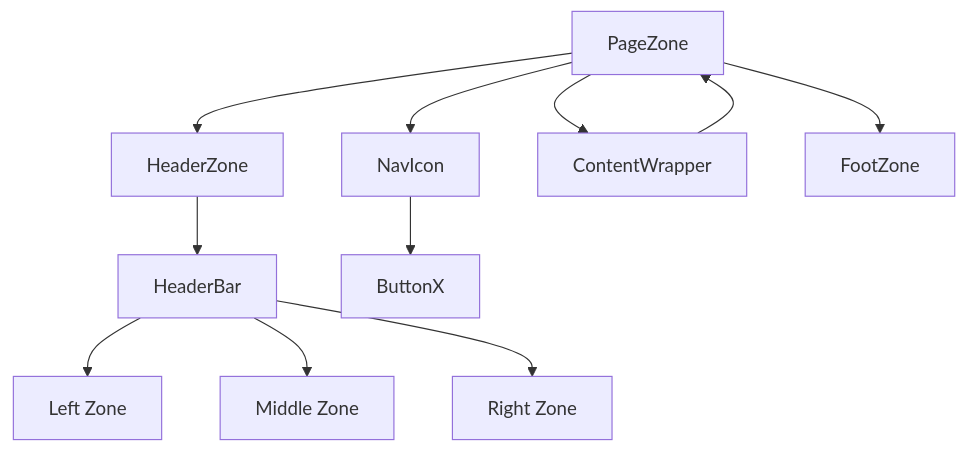
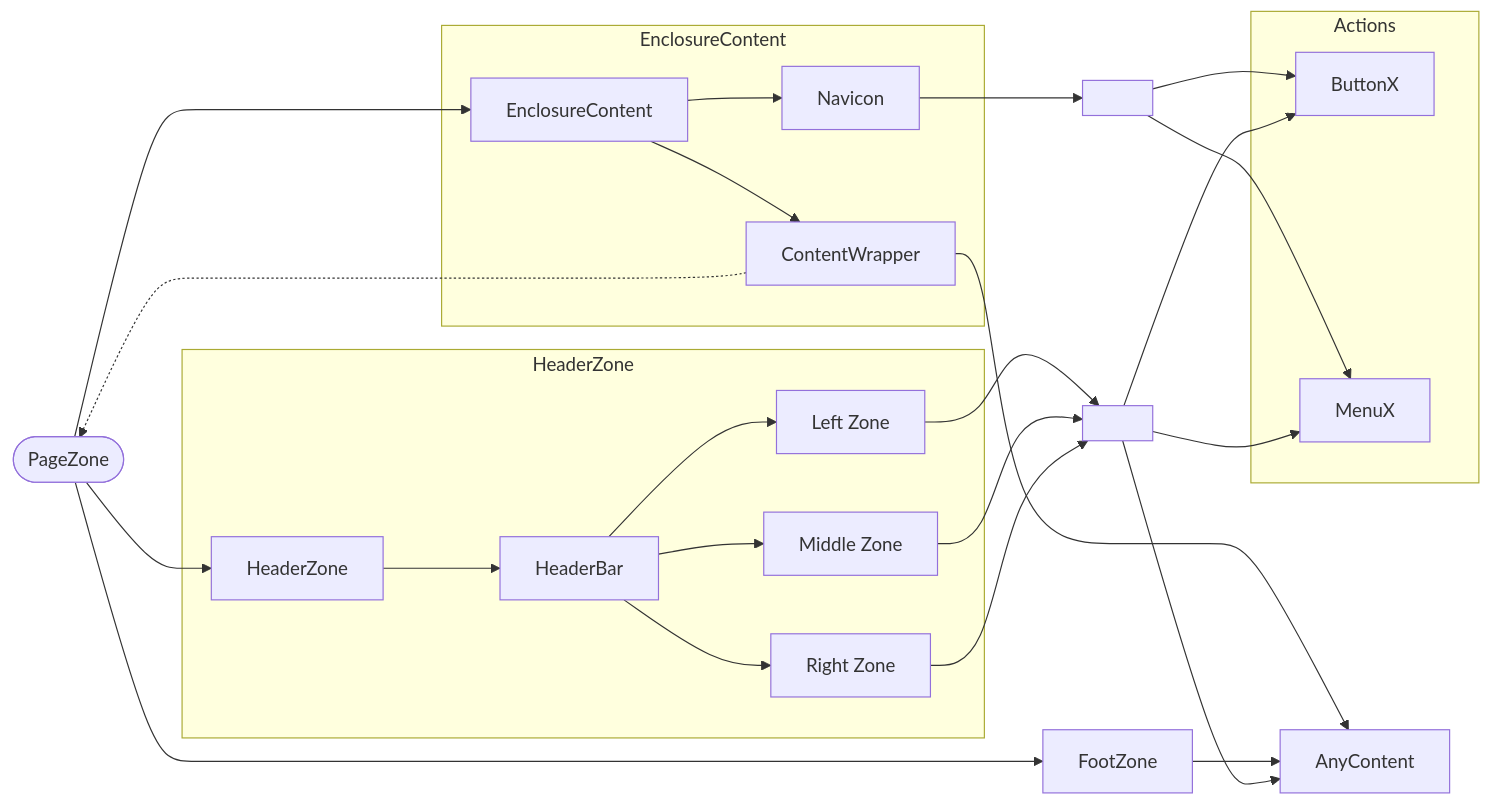
One commit to jcempro/calc changed the diagram in help/layout/README.md. Above: the diagram before and after it, drawn with Mermaid.

Commit message:
ajuste do fluxograma

````diff
--- a/help/layout/README.md
+++ b/help/layout/README.md
@@ -106,13 +106,65 @@
 ```mermaid
-graph TD
-    A[PageZone] --> B[HeaderZone]
-    A --> C[NavIcon]
-    A --> D[ContentWrapper]
-    A --> E[FootZone]
-    B --> F[HeaderBar]
-    F --> G[Left Zone]
-    F --> H[Middle Zone]
-    F --> I[Right Zone]
-    C --> J[ButtonX]
-    D --> A
+graph LR
+    %% Nó raiz
+    P([PageZone])
+
+    %% Subgrupos
+    subgraph HeaderZone
+        H[HeaderZone]
+        T[HeaderBar]
+        L[Left Zone]
+        M[Middle Zone]
+        R[Right Zone]
+    end
+
+    subgraph EnclosureContent
+        E[EnclosureContent]
+        N[Navicon]
+        C[ContentWrapper]
+    end
+
+    A[AnyContent]
+
+    subgraph Actions
+        B[ButtonX]
+        X[MenuX]
+    end
+
+    F[FootZone]
+
+    %% Hubs invisíveis
+    Hub[" "]
+    Hub2[" "]
+
+    %% Ligações principais
+    P --> H
+    P --> E
+    P --> F
+
+    %% Header detalhado
+    H --> T
+    T --> L
+    T --> M
+    T --> R
+
+    %% EnclosureContent detalhado
+    E --> N
+    E --> C
+    C --> A
+    C -.-> P
+
+    N --> Hub2
+    Hub2 --> B
+    Hub2 --> X
+
+    %% Footer
+    F --> A
+
+    %% Convergência única (L, M, R → Hub → A, X, B)
+    L --> Hub
+    M --> Hub
+    R --> Hub
+    Hub --> A
+    Hub --> X
+    Hub --> B
 ```
````
